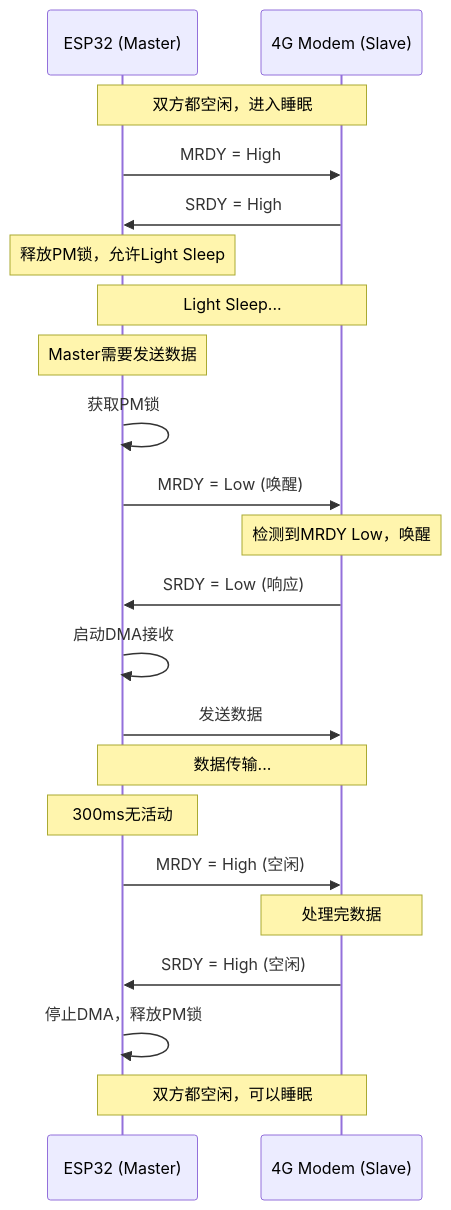
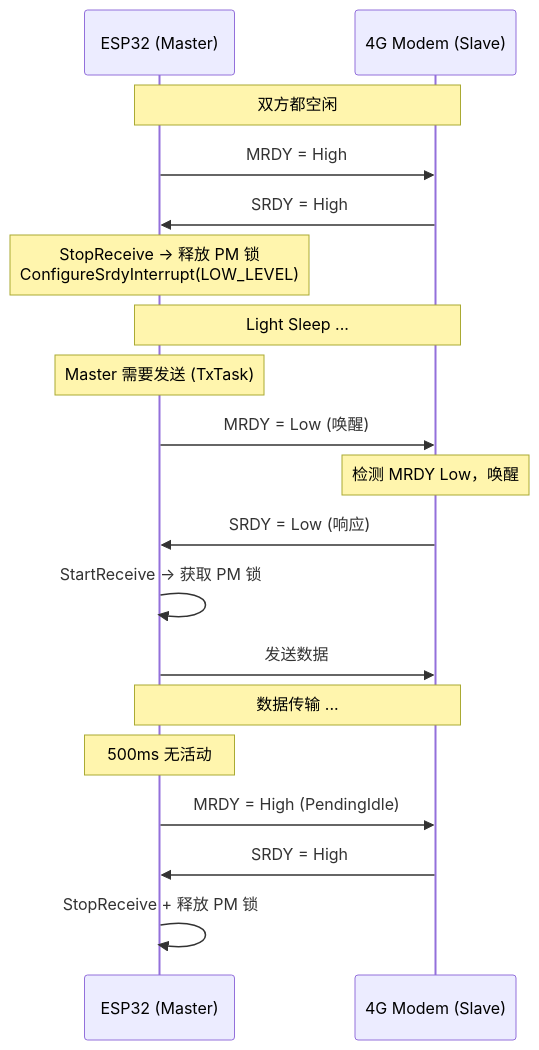
One commit to 78/uart-eth-modem changed diagram 17 of 22 in WORKING_PRINCIPLE.md. Above: the diagram before and after it, drawn with Mermaid. The commit also changed other lines of this file and 2 other files, not shown here.

````diff
--- a/WORKING_PRINCIPLE.md
+++ b/WORKING_PRINCIPLE.md
@@ -635,40 +655,30 @@
 ```mermaid
 sequenceDiagram
     participant ESP32 as ESP32 (Master)
     participant MODEM as 4G Modem (Slave)
-    
-    Note over ESP32,MODEM: 双方都空闲，进入睡眠
-    
+
+    Note over ESP32,MODEM: 双方都空闲
+
     ESP32->>MODEM: MRDY = High
     MODEM->>ESP32: SRDY = High
-    
-    Note over ESP32: 释放PM锁，允许Light Sleep
-    
-    Note over ESP32,MODEM: Light Sleep...
-    
-    Note over ESP32: Master需要发送数据
-    
-    ESP32->>ESP32: 获取PM锁
+
+    Note over ESP32: StopReceive → 释放 PM 锁<br/>ConfigureSrdyInterrupt(LOW_LEVEL)
+
+    Note over ESP32,MODEM: Light Sleep ...
+
+    Note over ESP32: Master 需要发送 (TxTask)
+
     ESP32->>MODEM: MRDY = Low (唤醒)
-    
-    Note over MODEM: 检测到MRDY Low，唤醒
-    
+    Note over MODEM: 检测 MRDY Low，唤醒
     MODEM->>ESP32: SRDY = Low (响应)
-    
-    ESP32->>ESP32: 启动DMA接收
+    ESP32->>ESP32: StartReceive → 获取 PM 锁
+
     ESP32->>MODEM: 发送数据
-    
-    Note over ESP32,MODEM: 数据传输...
-    
-    Note over ESP32: 300ms无活动
-    
-    ESP32->>MODEM: MRDY = High (空闲)
-    
-    Note over MODEM: 处理完数据
-    
-    MODEM->>ESP32: SRDY = High (空闲)
-    
-    ESP32->>ESP32: 停止DMA，释放PM锁
-    
-    Note over ESP32,MODEM: 双方都空闲，可以睡眠
+    Note over ESP32,MODEM: 数据传输 ...
+
+    Note over ESP32: 500ms 无活动
+
+    ESP32->>MODEM: MRDY = High (PendingIdle)
+    MODEM->>ESP32: SRDY = High
+    ESP32->>ESP32: StopReceive + 释放 PM 锁
 ```
````
